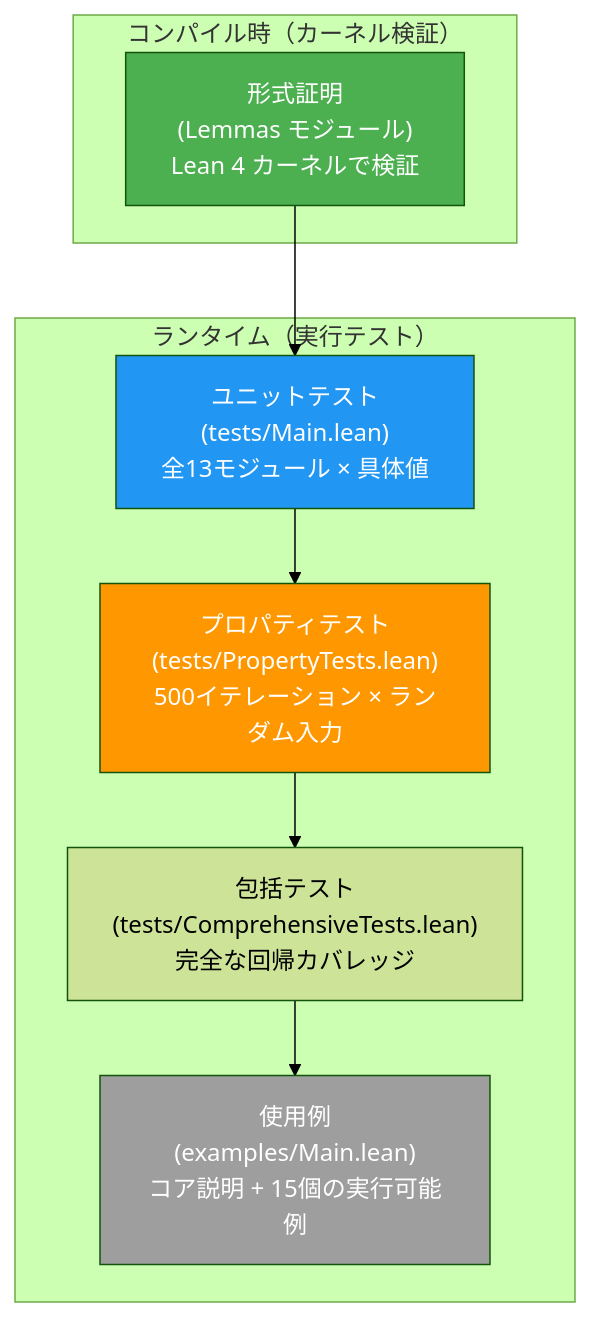
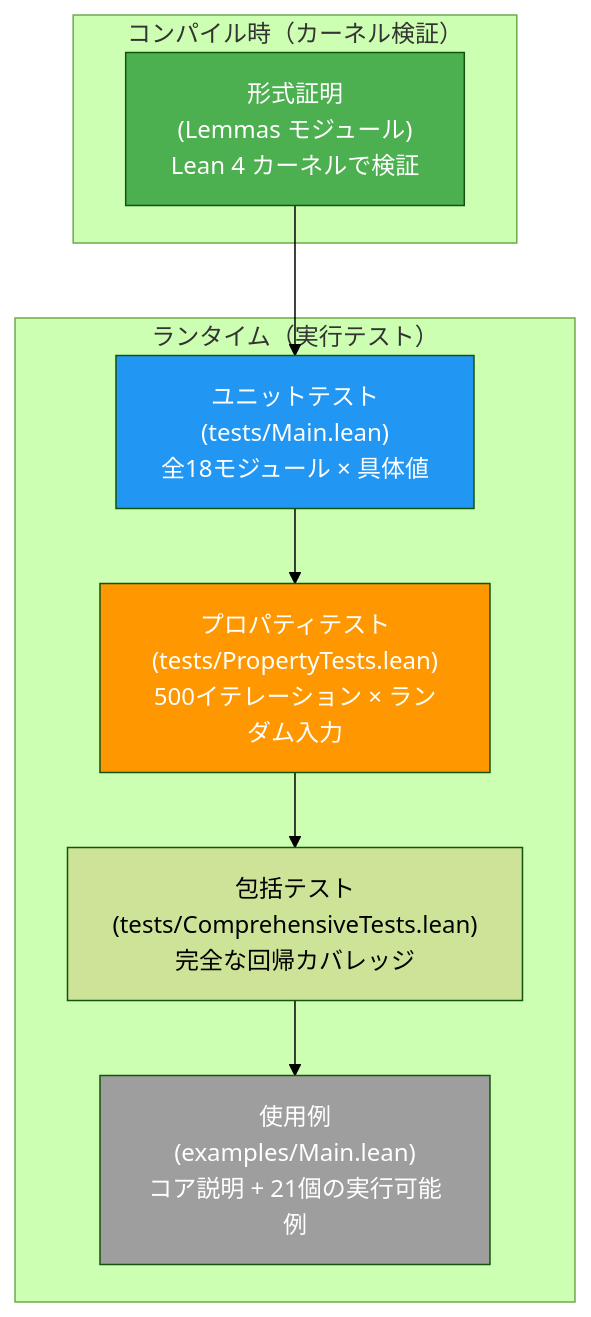
The diagram in docs/ja/development/testing.md (Provenance-Works/Radix), drawn with Mermaid (forest theme) before and after one commit. The commit also changed other lines of this file and 23 other files, not shown here.

````diff
--- a/docs/ja/development/testing.md
+++ b/docs/ja/development/testing.md
@@ -17,20 +17,20 @@
 ```mermaid
 graph TD
     subgraph "コンパイル時（カーネル検証）"
         Proofs["形式証明<br/>(Lemmas モジュール)<br/>Lean 4 カーネルで検証"]
     end
     subgraph "ランタイム（実行テスト）"
-        Unit["ユニットテスト<br/>(tests/Main.lean)<br/>全13モジュール × 具体値"]
+        Unit["ユニットテスト<br/>(tests/Main.lean)<br/>全18モジュール × 具体値"]
         Prop["プロパティテスト<br/>(tests/PropertyTests.lean)<br/>500イテレーション × ランダム入力"]
         Comp["包括テスト<br/>(tests/ComprehensiveTests.lean)<br/>完全な回帰カバレッジ"]
-        Ex["使用例<br/>(examples/Main.lean)<br/>コア説明 + 15個の実行可能例"]
+        Ex["使用例<br/>(examples/Main.lean)<br/>コア説明 + 21個の実行可能例"]
     end
     Proofs --> Unit
     Unit --> Prop
       Prop --> Comp
       Comp --> Ex
     style Proofs fill:#4CAF50,color:white
     style Unit fill:#2196F3,color:white
     style Prop fill:#FF9800,color:white
     style Ex fill:#9E9E9E,color:white
 ```
````
